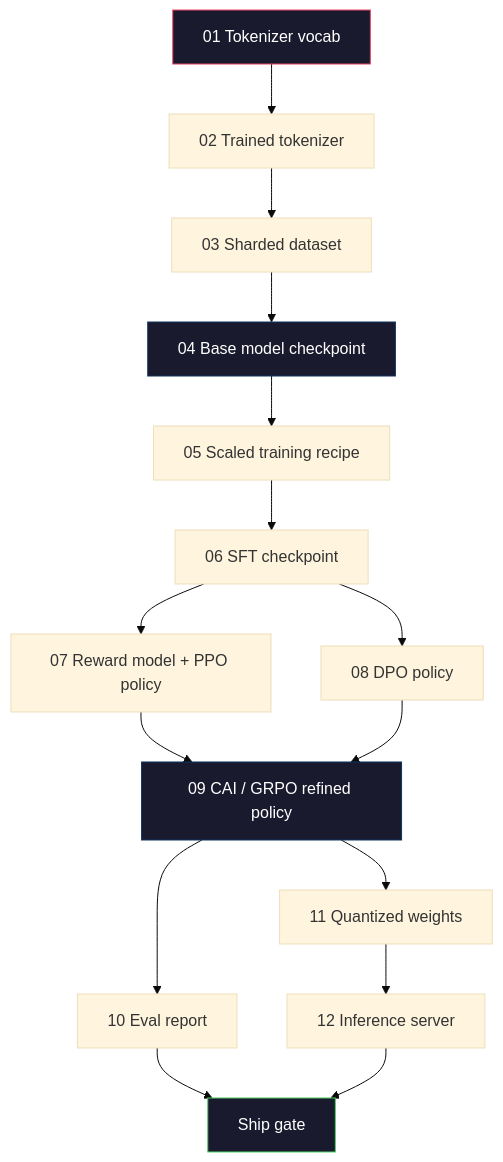
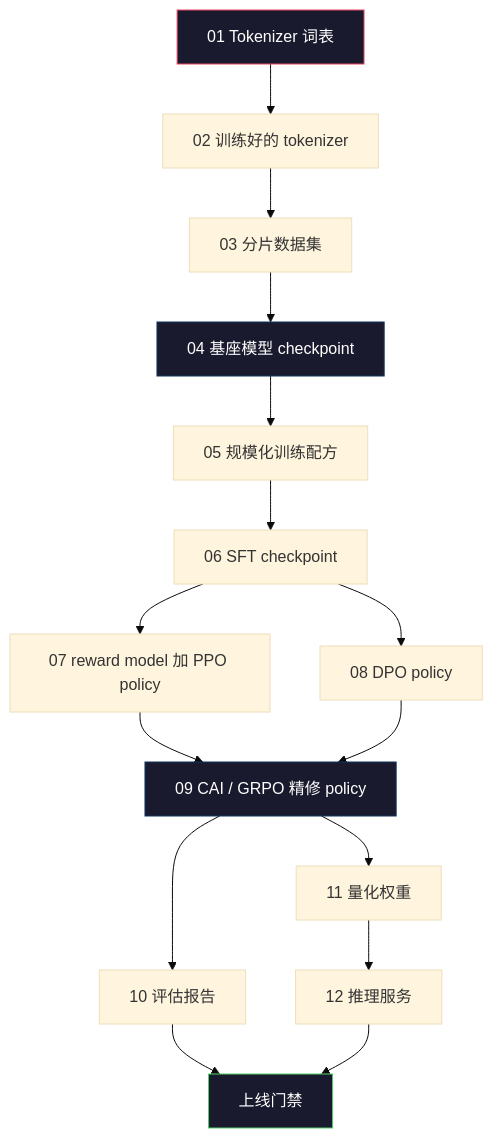
The first of 2 diagrams in phases/10-llms-from-scratch/13-building-complete-llm-pipeline/docs/zh.md (JerryC8080/ai-engineering-from-scratch-zh), drawn with Mermaid (base theme) before and after one commit. The commit also changed other lines of this file and 156 other files, not shown here.

First line of the commit message:
i18n(zh): translate mermaid diagram labels in 157 lesson zh.md

````diff
--- a/phases/10-llms-from-scratch/13-building-complete-llm-pipeline/docs/zh.md
+++ b/phases/10-llms-from-scratch/13-building-complete-llm-pipeline/docs/zh.md
@@ -35,22 +35,22 @@
 ```mermaid
 graph TD
-    S1["01 Tokenizer vocab"] --> S2["02 Trained tokenizer"]
-    S2 --> S3["03 Sharded dataset"]
-    S3 --> S4["04 Base model checkpoint"]
-    S4 --> S5["05 Scaled training recipe"]
+    S1["01 Tokenizer 词表"] --> S2["02 训练好的 tokenizer"]
+    S2 --> S3["03 分片数据集"]
+    S3 --> S4["04 基座模型 checkpoint"]
+    S4 --> S5["05 规模化训练配方"]
     S5 --> S6["06 SFT checkpoint"]
-    S6 --> S7["07 Reward model + PPO policy"]
+    S6 --> S7["07 reward model 加 PPO policy"]
     S6 --> S8["08 DPO policy"]
-    S7 --> S9["09 CAI / GRPO refined policy"]
+    S7 --> S9["09 CAI / GRPO 精修 policy"]
     S8 --> S9
-    S9 --> S10["10 Eval report"]
-    S9 --> S11["11 Quantized weights"]
-    S11 --> S12["12 Inference server"]
-    S10 --> GATE["Ship gate"]
+    S9 --> S10["10 评估报告"]
+    S9 --> S11["11 量化权重"]
+    S11 --> S12["12 推理服务"]
+    S10 --> GATE["上线门禁"]
     S12 --> GATE
 
     style S1 fill:#1a1a2e,stroke:#e94560,color:#fff
     style S4 fill:#1a1a2e,stroke:#0f3460,color:#fff
     style S9 fill:#1a1a2e,stroke:#0f3460,color:#fff
     style GATE fill:#1a1a2e,stroke:#51cf66,color:#fff
 ```
````
